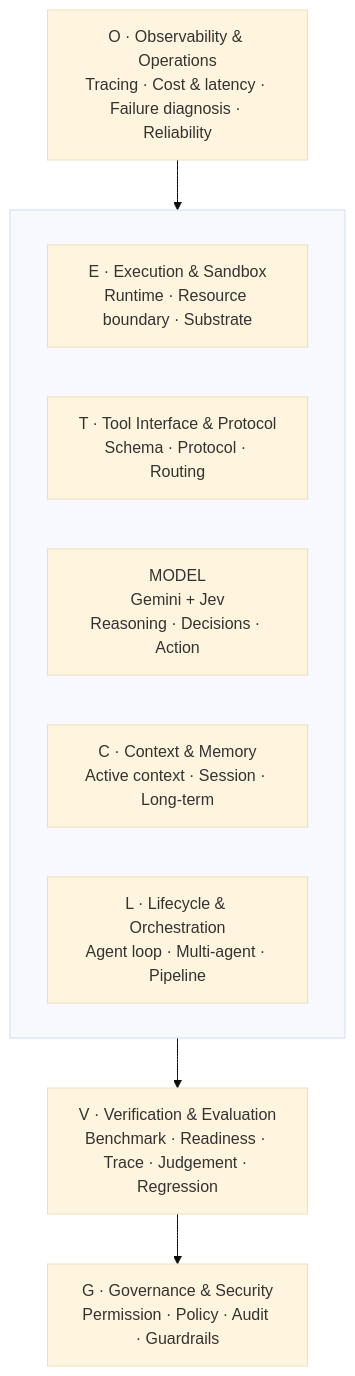
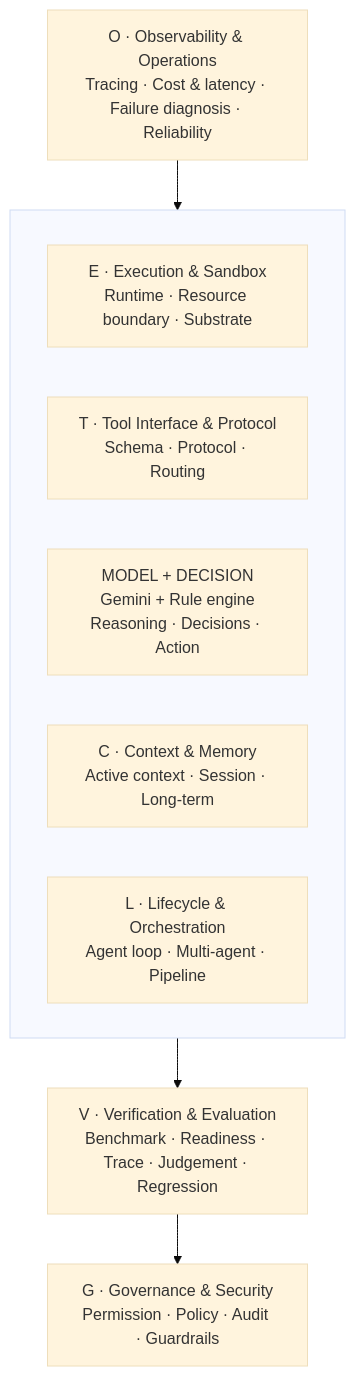
One commit to Trung1234/davas-matching changed the second of 11 diagrams in README.md. Above: the diagram before and after it, drawn with Mermaid (base theme). The commit also changed other lines of this file, not shown here.

````diff
--- a/README.md
+++ b/README.md
@@ -144,20 +147,20 @@
 ```mermaid
 flowchart TB
     O["O · Observability & Operations<br/>Tracing · Cost & latency · Failure diagnosis · Reliability"]
 
     subgraph CORE[" "]
         direction LR
         E["E · Execution & Sandbox<br/>Runtime · Resource boundary · Substrate"]
         T["T · Tool Interface & Protocol<br/>Schema · Protocol · Routing"]
-        M["MODEL<br/>Gemini + Jev<br/>Reasoning · Decisions · Action"]
+        M["MODEL + DECISION<br/>Gemini + Rule engine<br/>Reasoning · Decisions · Action"]
         C["C · Context & Memory<br/>Active context · Session · Long-term"]
         L["L · Lifecycle & Orchestration<br/>Agent loop · Multi-agent · Pipeline"]
     end
 
     V["V · Verification & Evaluation<br/>Benchmark · Readiness · Trace · Judgement · Regression"]
     G["G · Governance & Security<br/>Permission · Policy · Audit · Guardrails"]
 
     O --> CORE
     CORE --> V
     V --> G
 ```
````
